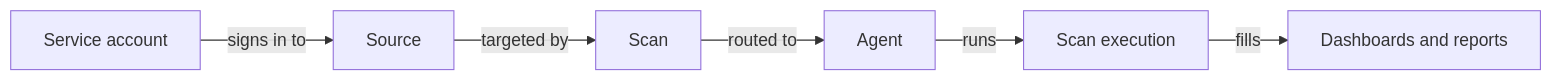
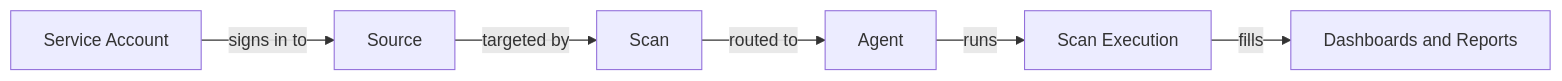
One commit to netwrix/docs changed the diagram in docs/accessanalyzer/26.1/key-concepts.md. Above: the diagram before and after it, drawn with Mermaid. The commit also changed other lines of this file and 7 other files, not shown here.

````diff
--- a/docs/accessanalyzer/26.1/key-concepts.md
+++ b/docs/accessanalyzer/26.1/key-concepts.md
@@ -9,8 +9,8 @@
 ```mermaid
 flowchart LR
-    A[Service account] -- signs in to --> B[Source]
+    A[Service Account] -- signs in to --> B[Source]
     B -- targeted by --> C[Scan]
     C -- routed to --> D[Agent]
-    D -- runs --> E[Scan execution]
-    E -- fills --> F[Dashboards and reports]
+    D -- runs --> E[Scan Execution]
+    E -- fills --> F[Dashboards and Reports]
 ```
````
